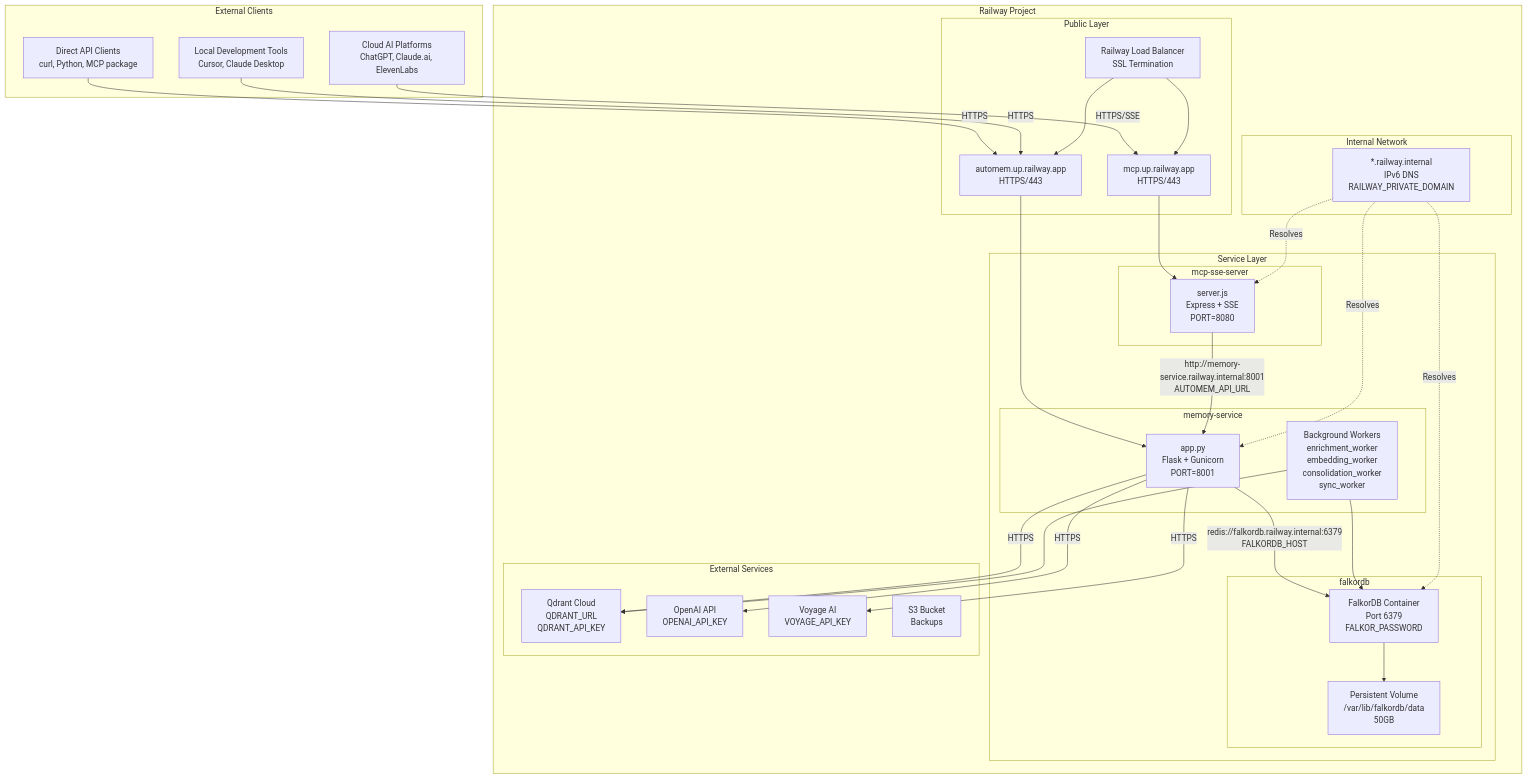
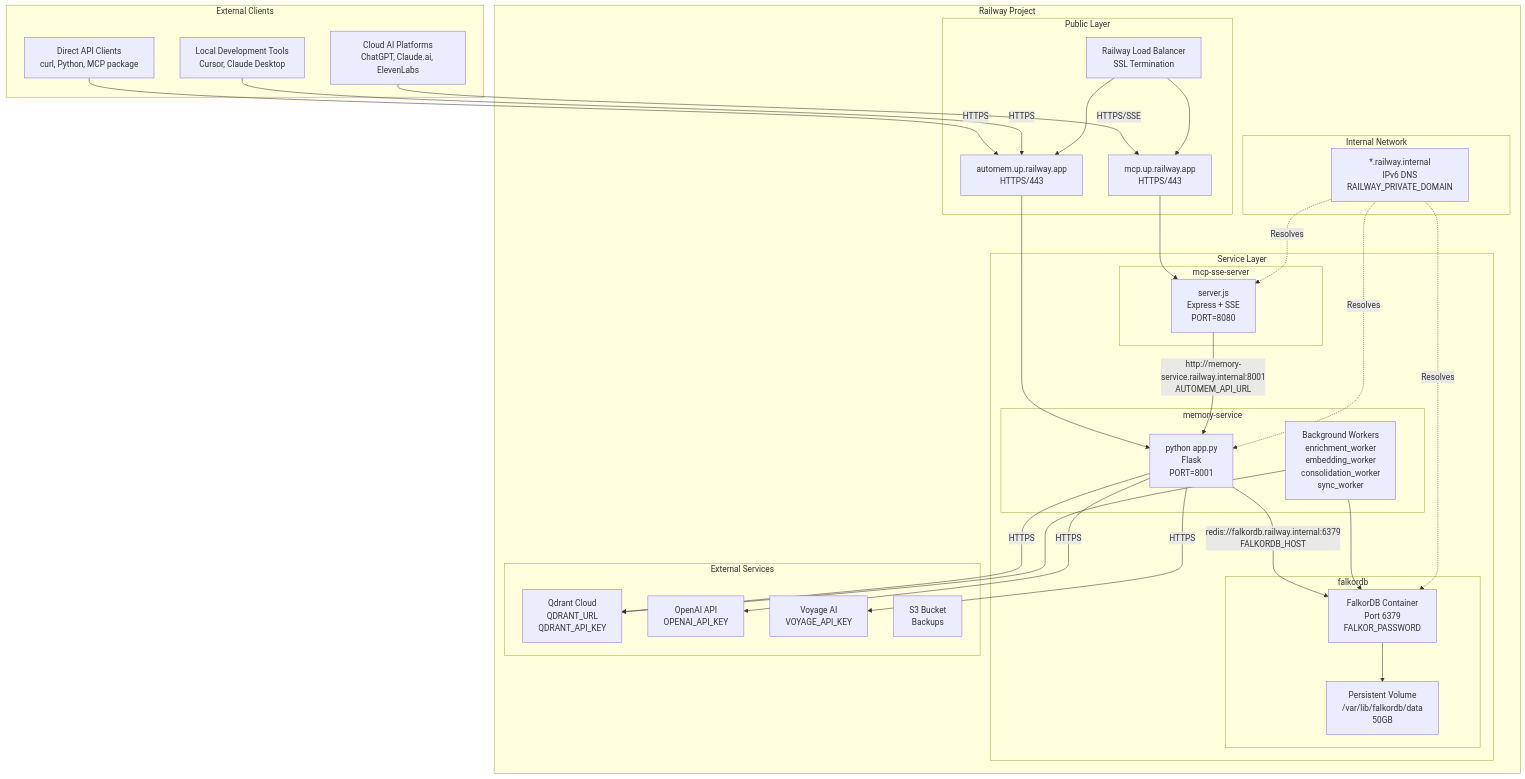
Before and after one commit to verygoodplugins/automem-website: the first of 3 diagrams in src/content/docs/docs/deployment/railway.md, drawn with Mermaid. The commit also changed other lines of this file and 1 other file, not shown here.

First line of the commit message:
docs: correct Railway deployment runtime and health check diagrams (#387)

````diff
--- a/src/content/docs/docs/deployment/railway.md
+++ b/src/content/docs/docs/deployment/railway.md
@@ -18,68 +18,68 @@
 ```mermaid
 graph TB
     subgraph internet["External Clients"]
         DirectAPI["Direct API Clients<br/>curl, Python, MCP package"]
         CloudAI["Cloud AI Platforms<br/>ChatGPT, Claude.ai, ElevenLabs"]
         LocalTools["Local Development Tools<br/>Cursor, Claude Desktop"]
     end
 
     subgraph railway["Railway Project"]
         subgraph public["Public Layer"]
             Domain1["automem.up.railway.app<br/>HTTPS/443"]
             Domain2["mcp.up.railway.app<br/>HTTPS/443"]
             LB["Railway Load Balancer<br/>SSL Termination"]
         end
 
         subgraph services["Service Layer"]
             subgraph api["memory-service"]
-                FlaskApp["app.py<br/>Flask + Gunicorn<br/>PORT=8001"]
+                FlaskApp["python app.py<br/>Flask<br/>PORT=8001"]
                 Workers["Background Workers<br/>enrichment_worker<br/>embedding_worker<br/>consolidation_worker<br/>sync_worker"]
             end
 
             subgraph mcp["mcp-sse-server"]
                 MCPBridge["server.js<br/>Express + SSE<br/>PORT=8080"]
             end
 
             subgraph db["falkordb"]
                 FalkorDB["FalkorDB Container<br/>Port 6379<br/>FALKOR_PASSWORD"]
                 Volume["Persistent Volume<br/>/var/lib/falkordb/data<br/>50GB"]
             end
         end
 
         subgraph networking["Internal Network"]
             DNS["*.railway.internal<br/>IPv6 DNS<br/>RAILWAY_PRIVATE_DOMAIN"]
         end
 
         subgraph external["External Services"]
             Qdrant["Qdrant Cloud<br/>QDRANT_URL<br/>QDRANT_API_KEY"]
             OpenAI["OpenAI API<br/>OPENAI_API_KEY"]
             Voyage["Voyage AI<br/>VOYAGE_API_KEY"]
             S3["S3 Bucket<br/>Backups"]
         end
     end
 
     DirectAPI -->|HTTPS| Domain1
     CloudAI -->|HTTPS/SSE| Domain2
     LocalTools -->|HTTPS| Domain1
 
     LB --> Domain1
     LB --> Domain2
     Domain1 --> FlaskApp
     Domain2 --> MCPBridge
 
     MCPBridge -->|"http://memory-service.railway.internal:8001<br/>AUTOMEM_API_URL"| FlaskApp
 
     FlaskApp -->|"redis://falkordb.railway.internal:6379<br/>FALKORDB_HOST"| FalkorDB
     FlaskApp -->|HTTPS| Qdrant
     FlaskApp -->|HTTPS| OpenAI
     FlaskApp -->|HTTPS| Voyage
 
     Workers --> FalkorDB
     Workers --> Qdrant
 
     FalkorDB --> Volume
 
     DNS -.->|Resolves| FlaskApp
     DNS -.->|Resolves| MCPBridge
     DNS -.->|Resolves| FalkorDB
 ```
````
